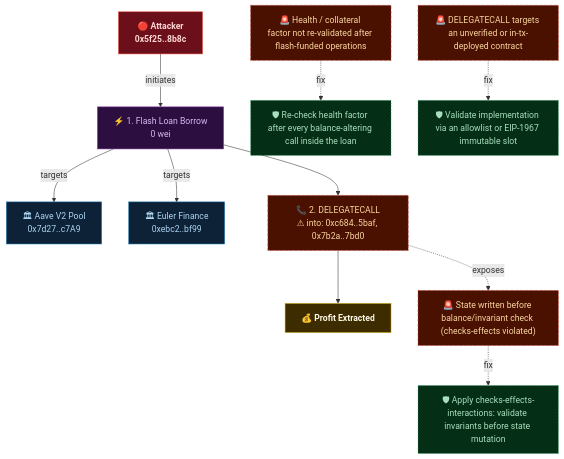
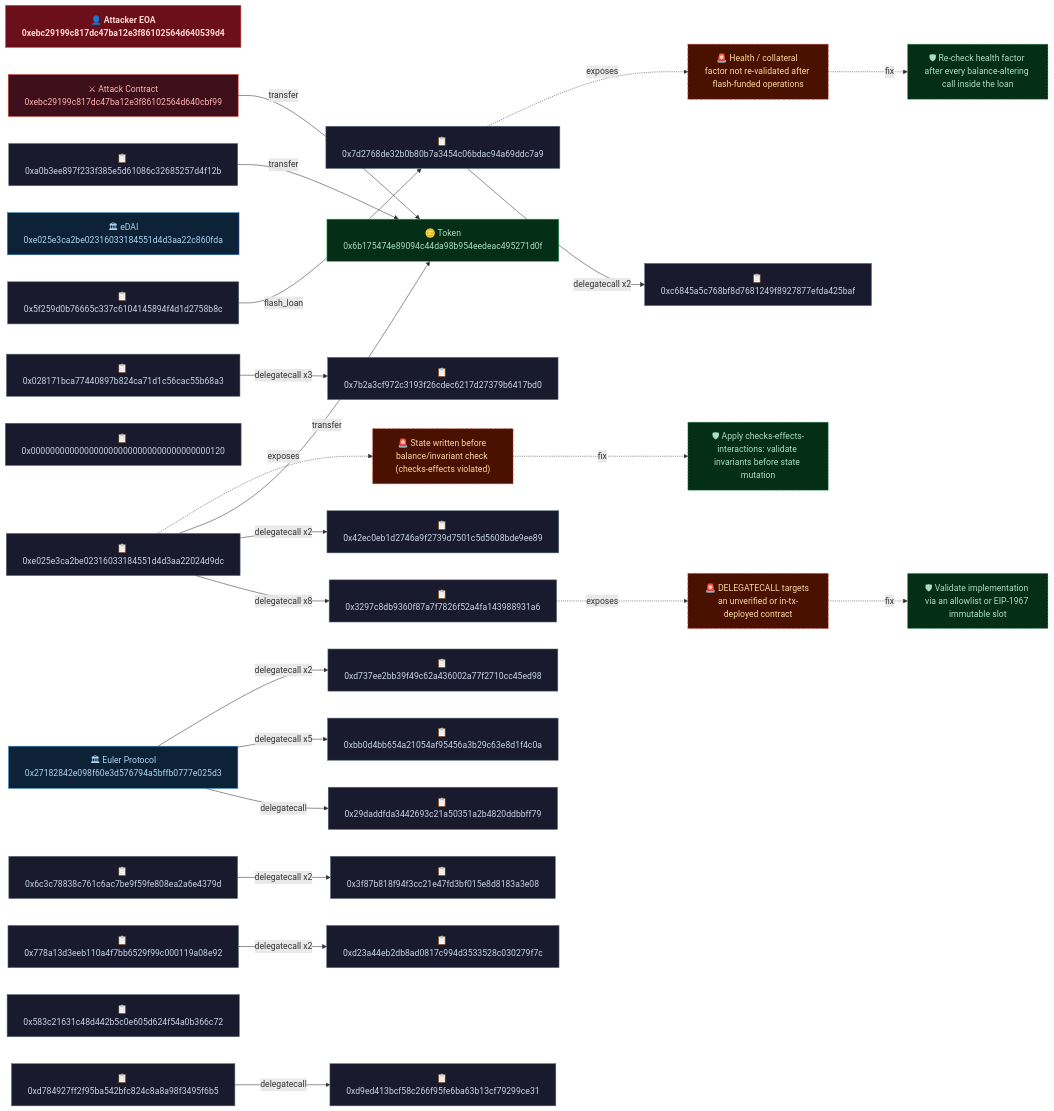
The first of 2 diagrams in docs/diagram_c310a0affe2169.md (avash124/blockchain-security), drawn with Mermaid before and after one commit. The commit also changed other lines of this file and 6 other files, not shown here.

````diff
--- a/docs/diagram_c310a0affe2169.md
+++ b/docs/diagram_c310a0affe2169.md
@@ -22,50 +22,94 @@
 ```mermaid
-graph TD
+graph LR
 
     classDef attacker fill:#6b0f1a,stroke:#e74c3c,color:#ffd6d6,font-weight:bold
+    classDef atk_ctr  fill:#3d0f1a,stroke:#e74c3c,color:#ffb3b3
     classDef protocol fill:#0d2137,stroke:#2980b9,color:#aed6f1
-    classDef flash   fill:#2c0f40,stroke:#8e44ad,color:#dab8f3
-    classDef step    fill:#0f1f2e,stroke:#566573,color:#c8d6e5
-    classDef vuln    fill:#4a1000,stroke:#cb4335,color:#fad7a0,stroke-dasharray:6 3
-    classDef fix     fill:#052e16,stroke:#27ae60,color:#a9dfbf,stroke-dasharray:3 3
-    classDef profit  fill:#3d2c00,stroke:#d4ac0d,color:#fef9e7,font-weight:bold
-    classDef xfer    fill:#0a2618,stroke:#27ae60,color:#abebc6
+    classDef token    fill:#052e16,stroke:#27ae60,color:#a9dfbf
+    classDef other    fill:#1a1a2e,stroke:#566573,color:#c8d6e5
+    classDef vuln     fill:#4a1000,stroke:#cb4335,color:#fad7a0,stroke-dasharray:6 3
+    classDef fix      fill:#052e16,stroke:#27ae60,color:#a9dfbf,stroke-dasharray:3 3
 
-    ATTKR["🔴 Attacker<br/>0x5f25..8b8c"]
-    PROTO0["🏛 Aave V2 Pool<br/>0x7d27..c7A9"]
-    PROTO1["🏛 Euler Finance<br/>0xebc2..bf99"]
+    N0["👤 Attacker EOA<br/>0xebc29199c817dc47ba12e3f86102564d640539d4"]
+    N1["⚔ Attack Contract<br/>0xebc29199c817dc47ba12e3f86102564d640cbf99"]
+    N2["🏛 Euler Protocol<br/>0x27182842e098f60e3d576794a5bffb0777e025d3"]
+    N3["🏛 eDAI<br/>0xe025e3ca2be02316033184551d4d3aa22c860fda"]
+    N4["🪙 Token<br/>0x6b175474e89094c44da98b954eedeac495271d0f"]
+    N5["📋 0x5f259d0b76665c337c6104145894f4d1d2758b8c"]
+    N6["📋 0x7d2768de32b0b80b7a3454c06bdac94a69ddc7a9"]
+    N7["📋 0xc6845a5c768bf8d7681249f8927877efda425baf"]
+    N8["📋 0x028171bca77440897b824ca71d1c56cac55b68a3"]
+    N9["📋 0x7b2a3cf972c3193f26cdec6217d27379b6417bd0"]
+    N10["📋 0x0000000000000000000000000000000000000120"]
+    N11["📋 0xbb0d4bb654a21054af95456a3b29c63e8d1f4c0a"]
+    N12["📋 0x42ec0eb1d2746a9f2739d7501c5d5608bde9ee89"]
+    N13["📋 0x3297c8db9360f87a7f7826f52a4fa143988931a6"]
+    N14["📋 0x29daddfda3442693c21a50351a2b4820ddbbff79"]
+    N15["📋 0xd737ee2bb39f49c62a436002a77f2710cc45ed98"]
+    N16["📋 0xe025e3ca2be02316033184551d4d3aa22024d9dc"]
+    N17["📋 0xa0b3ee897f233f385e5d61086c32685257d4f12b"]
+    N18["📋 0x6c3c78838c761c6ac7be9f59fe808ea2a6e4379d"]
+    N19["📋 0x3f87b818f94f3cc21e47fd3bf015e8d8183a3e08"]
+    N20["📋 0x778a13d3eeb110a4f7bb6529f99c000119a08e92"]
+    N21["📋 0xd23a44eb2db8ad0817c994d3533528c030279f7c"]
+    N22["📋 0x583c21631c48d442b5c0e605d624f54a0b366c72"]
+    N23["📋 0xd784927ff2f95ba542bfc824c8a8a98f3495f6b5"]
+    N24["📋 0xd9ed413bcf58c266f95fe6ba63b13cf79299ce31"]
 
-    S1["⚡ 1. Flash Loan Borrow<br/>0 wei"]
-    S2["📞 2. DELEGATECALL<br/>⚠ into: 0xc684..5baf, 0x7b2a..7bd0"]
-    PROFIT["💰 Profit Extracted"]
-
-    V1["🚨 State written before balance/invariant check (checks-effects violated)"]
-    F1["🛡 Apply checks-effects-interactions: validate invariants before state mutation"]
+    V1["🚨 DELEGATECALL targets an unverified or in-tx-deployed contract"]
+    F1["🛡 Validate implementation via an allowlist or EIP-1967 immutable slot"]
     V2["🚨 Health / collateral factor not re-validated after flash-funded operations"]
     F2["🛡 Re-check health factor after every balance-altering call inside the loan"]
-    V3["🚨 DELEGATECALL targets an unverified or in-tx-deployed contract"]
-    F3["🛡 Validate implementation via an allowlist or EIP-1967 immutable slot"]
+    V3["🚨 State written before balance/invariant check (checks-effects violated)"]
+    F3["🛡 Apply checks-effects-interactions: validate invariants before state mutation"]
 
-    %% Attack flow
-    ATTKR -->|initiates| S1
-    S1 --> S2
-    S2 --> PROFIT
-    S1 -->|targets| PROTO0
-    S1 -->|targets| PROTO1
+    N8 -->|delegatecall x3| N9
+    N2 -->|delegatecall| N14
+    N2 -->|delegatecall x5| N11
+    N2 -->|delegatecall x2| N15
+    N5 -->|flash_loan| N6
+    N18 -->|delegatecall x2| N19
+    N20 -->|delegatecall x2| N21
+    N6 -->|delegatecall x2| N7
+    N17 -->|transfer| N4
+    N23 -->|delegatecall| N24
+    N16 -->|delegatecall x8| N13
+    N16 -->|delegatecall x2| N12
+    N16 -->|transfer| N4
+    N1 -->|transfer| N4
 
-    %% Vulnerability links
+    N13 -.->|exposes| V1
     V1 -.->|fix| F1
+    N6 -.->|exposes| V2
     V2 -.->|fix| F2
+    N16 -.->|exposes| V3
     V3 -.->|fix| F3
-    S2 -.->|exposes| V1
 
-    %% Class assignments
-    class ATTKR attacker
-    class PROFIT profit
-    class PROTO0 protocol
-    class PROTO1 protocol
-    class S1 flash
-    class S2 vuln
+    class N0 attacker
+    class N1 atk_ctr
+    class N2 protocol
+    class N3 protocol
+    class N4 token
+    class N5 other
+    class N6 other
+    class N7 other
+    class N8 other
+    class N9 other
+    class N10 other
+    class N11 other
+    class N12 other
+    class N13 other
+    class N14 other
+    class N15 other
+    class N16 other
+    class N17 other
+    class N18 other
+    class N19 other
+    class N20 other
+    class N21 other
+    class N22 other
+    class N23 other
+    class N24 other
     class V1 vuln
     class F1 fix
     class V2 vuln
````
